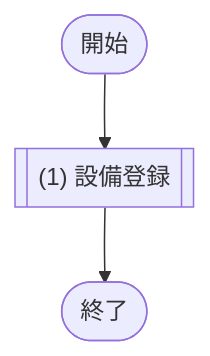
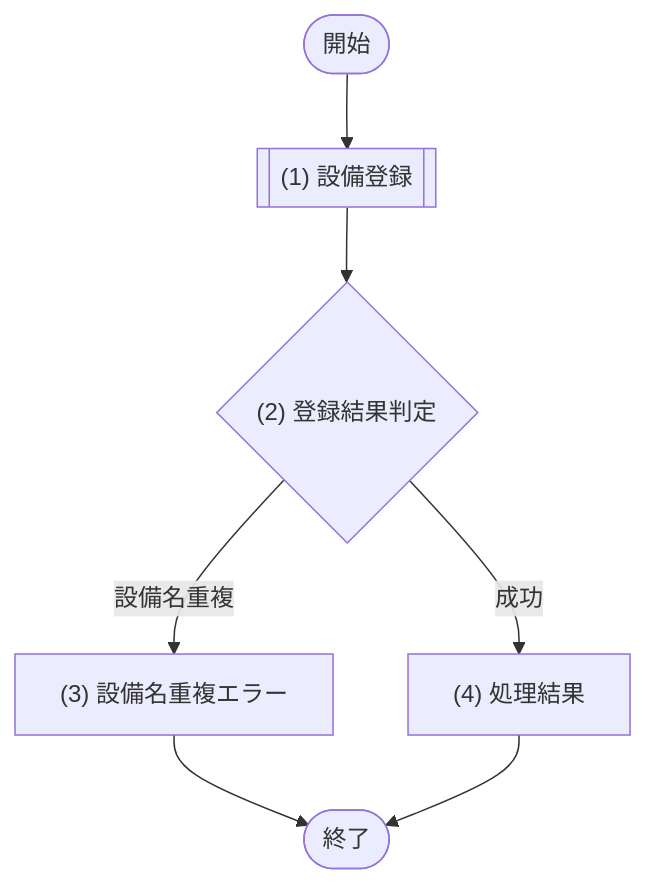
The diagram in docs/03_機能設計/03_API設計/API-013_設備登録.md (sikakou54/system-document-template), drawn with Mermaid before and after one commit. The commit also changed other lines of this file and 32 other files, not shown here.

````diff
--- a/docs/03_機能設計/03_API設計/API-013_設備登録.md
+++ b/docs/03_機能設計/03_API設計/API-013_設備登録.md
@@ -36,8 +36,13 @@
 ```mermaid
 flowchart TD
   Start([開始])
   P1[["(1) 設備登録"]]
+  D1{"(2) 登録結果判定"}
+  E1["(3) 設備名重複エラー"]
+  P2["(4) 処理結果"]
   End([終了])
 
-  Start --> P1 --> End
+  Start --> P1 --> D1
+  D1 -- "設備名重複" --> E1 --> End
+  D1 -- "成功" --> P2 --> End
 ```
````
